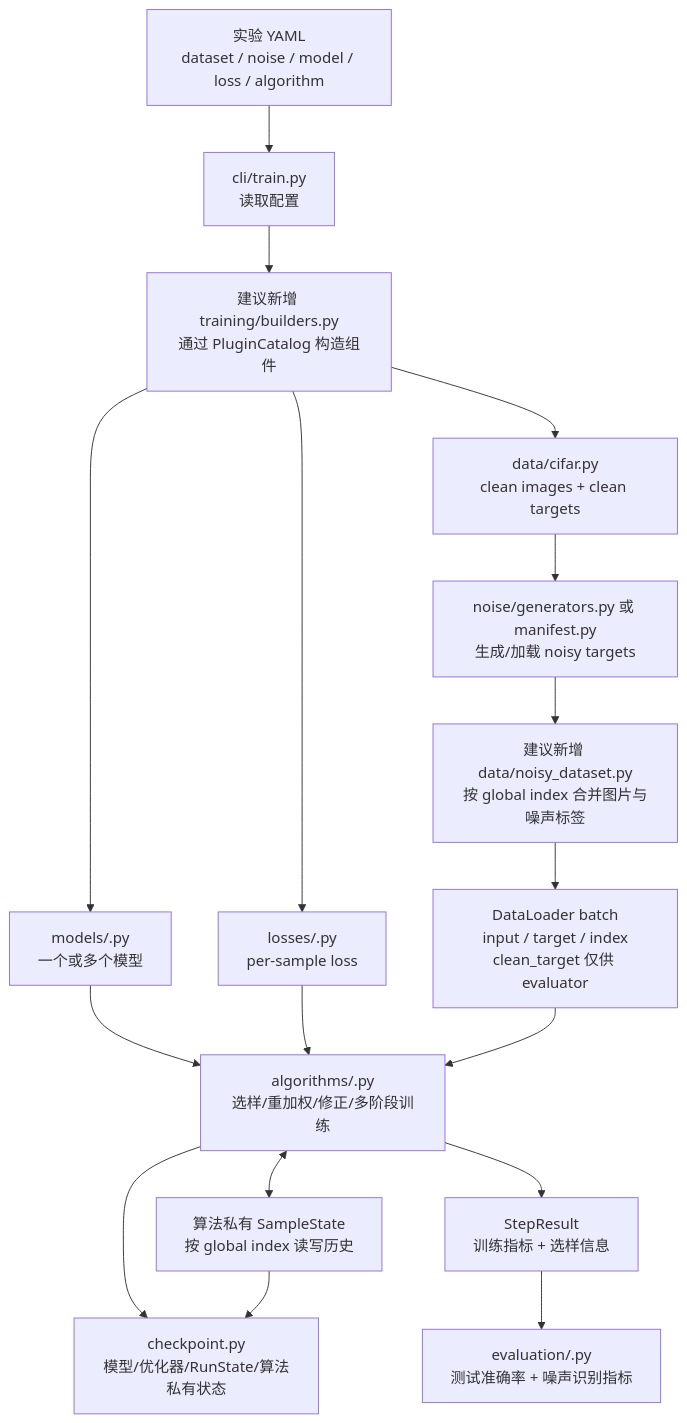
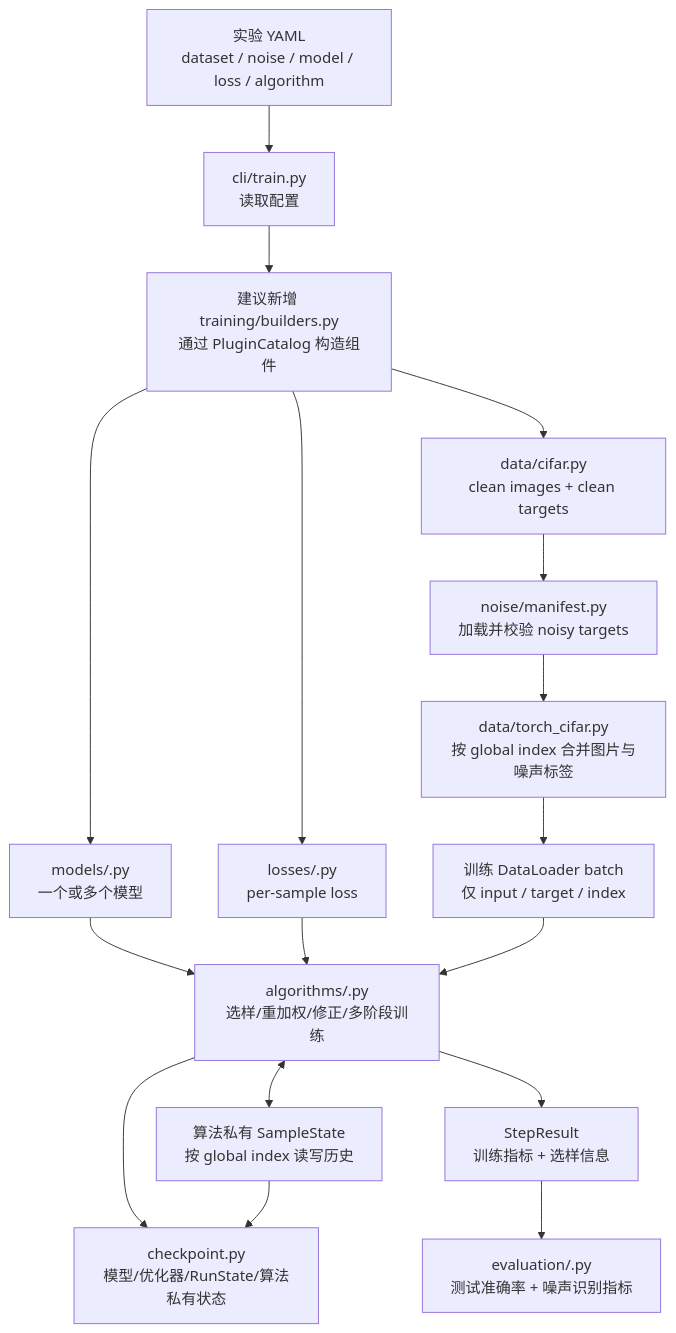
Before and after one commit to seanlee-lile/LNL-toolbox: the fourth of 7 diagrams in docs/data-flow-guide.md, drawn with Mermaid. The commit also changed other lines of this file and 14 other files, not shown here.

````diff
--- a/docs/data-flow-guide.md
+++ b/docs/data-flow-guide.md
@@ -223,30 +232,30 @@
 ```mermaid
 flowchart TD
     A["实验 YAML<br/>dataset / noise / model / loss / algorithm"]
     B["cli/train.py<br/>读取配置"]
     C["建议新增 training/builders.py<br/>通过 PluginCatalog 构造组件"]
 
     D["data/cifar.py<br/>clean images + clean targets"]
-    E["noise/generators.py 或 manifest.py<br/>生成/加载 noisy targets"]
-    F["建议新增 data/noisy_dataset.py<br/>按 global index 合并图片与噪声标签"]
-    G["DataLoader batch<br/>input / target / index<br/>clean_target 仅供 evaluator"]
+    E["noise/manifest.py<br/>加载并校验 noisy targets"]
+    F["data/torch_cifar.py<br/>按 global index 合并图片与噪声标签"]
+    G["训练 DataLoader batch<br/>仅 input / target / index"]
 
     H["models/<model>.py<br/>一个或多个模型"]
     I["losses/<loss>.py<br/>per-sample loss"]
     J["algorithms/<algorithm>.py<br/>选样/重加权/修正/多阶段训练"]
     K["算法私有 SampleState<br/>按 global index 读写历史"]
     L["StepResult<br/>训练指标 + 选样信息"]
     M["evaluation/<evaluator>.py<br/>测试准确率 + 噪声识别指标"]
     N["checkpoint.py<br/>模型/优化器/RunState/算法私有状态"]
 
     A --> B --> C
     C --> D
     D --> E --> F --> G
     C --> H --> J
     C --> I --> J
     G --> J
     J <--> K
     J --> L --> M
     J --> N
     K --> N
 ```
````
